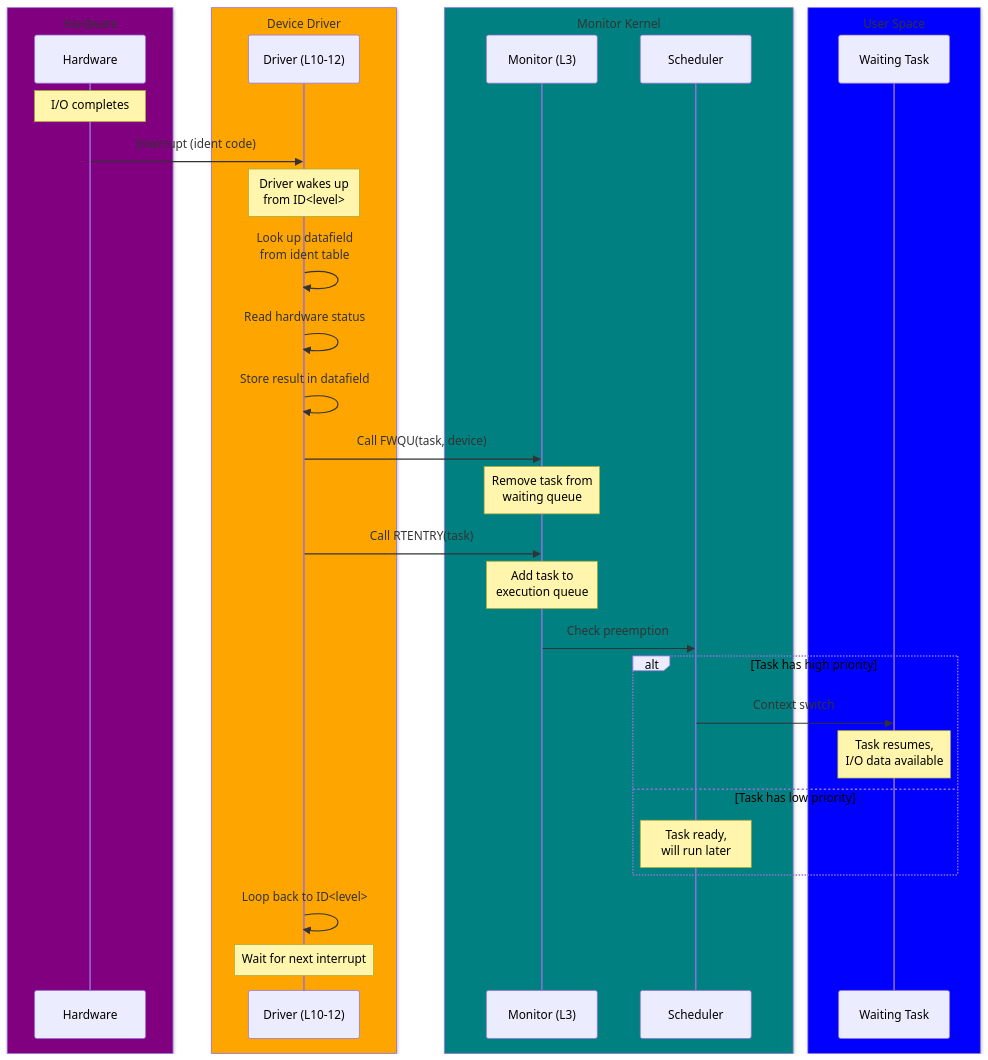
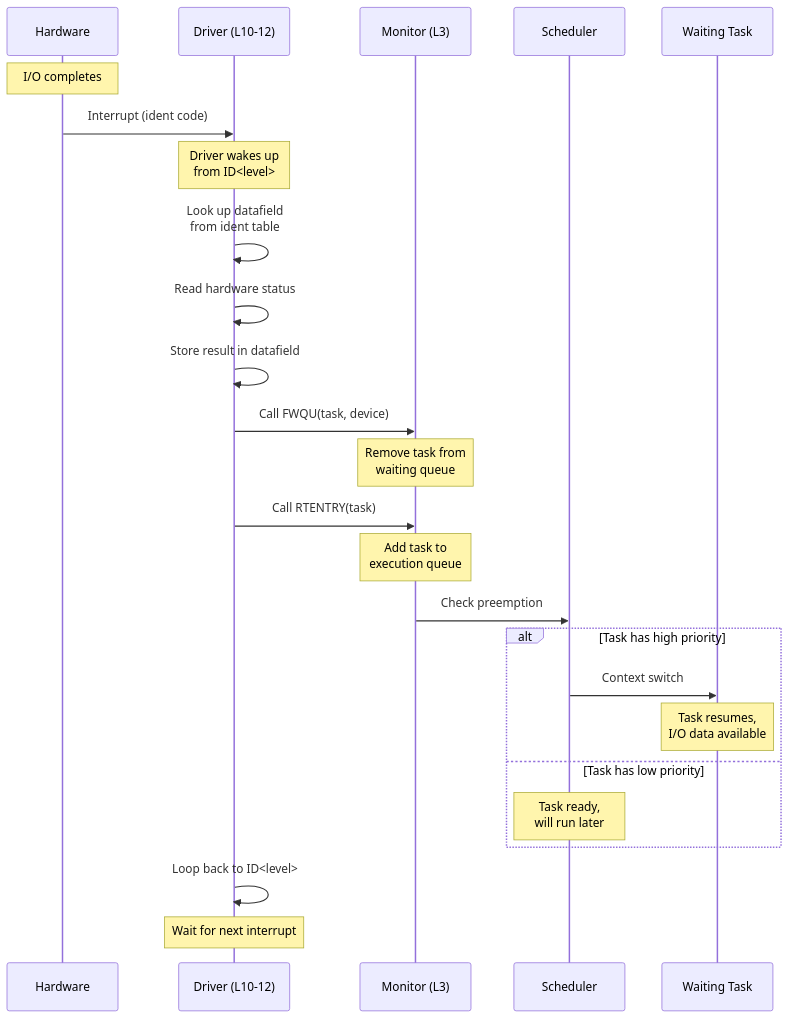
One commit to HackerCorpLabs/NDInsight changed the second of 4 diagrams in SINTRAN/OS/18-DEVICE-DRIVER-FRAMEWORK.md. Above: the diagram before and after it, drawn with Mermaid. The commit also changed other lines of this file and 3 other files, not shown here.

First line of the commit message:
docs: Remove colored box backgrounds from Mermaid sequence diagrams

````diff
--- a/SINTRAN/OS/18-DEVICE-DRIVER-FRAMEWORK.md
+++ b/SINTRAN/OS/18-DEVICE-DRIVER-FRAMEWORK.md
@@ -500,49 +487,35 @@
 ```mermaid
 sequenceDiagram
     participant HW as Hardware
     participant Drv as Driver (L10-12)
     participant Mon as Monitor (L3)
     participant Sched as Scheduler
     participant Task as Waiting Task
     
     Note over HW: I/O completes
     HW->>Drv: Interrupt (ident code)
     
     Note over Drv: Driver wakes up<br/>from ID<level>
     
     Drv->>Drv: Look up datafield<br/>from ident table
     Drv->>Drv: Read hardware status
     Drv->>Drv: Store result in datafield
     
     Drv->>Mon: Call FWQU(task, device)
     Note over Mon: Remove task from<br/>waiting queue
     
     Drv->>Mon: Call RTENTRY(task)
     Note over Mon: Add task to<br/>execution queue
     
     Mon->>Sched: Check preemption
     
     alt Task has high priority
         Sched->>Task: Context switch
         Note over Task: Task resumes,<br/>I/O data available
     else Task has low priority
         Note over Sched: Task ready,<br/>will run later
     end
     
     Drv->>Drv: Loop back to ID<level>
     Note over Drv: Wait for next interrupt
-    
-    box Purple Hardware
-    participant HW
-    end
-    box Orange Device Driver
-    participant Drv
-    end
-    box Teal Monitor Kernel
-    participant Mon
-    participant Sched
-    end
-    box Blue User Space
-    participant Task
-    end
 ```
````
